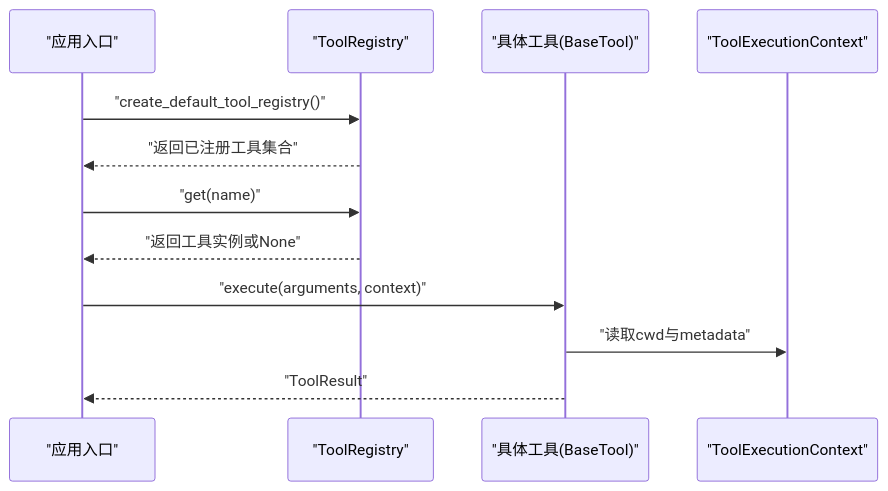
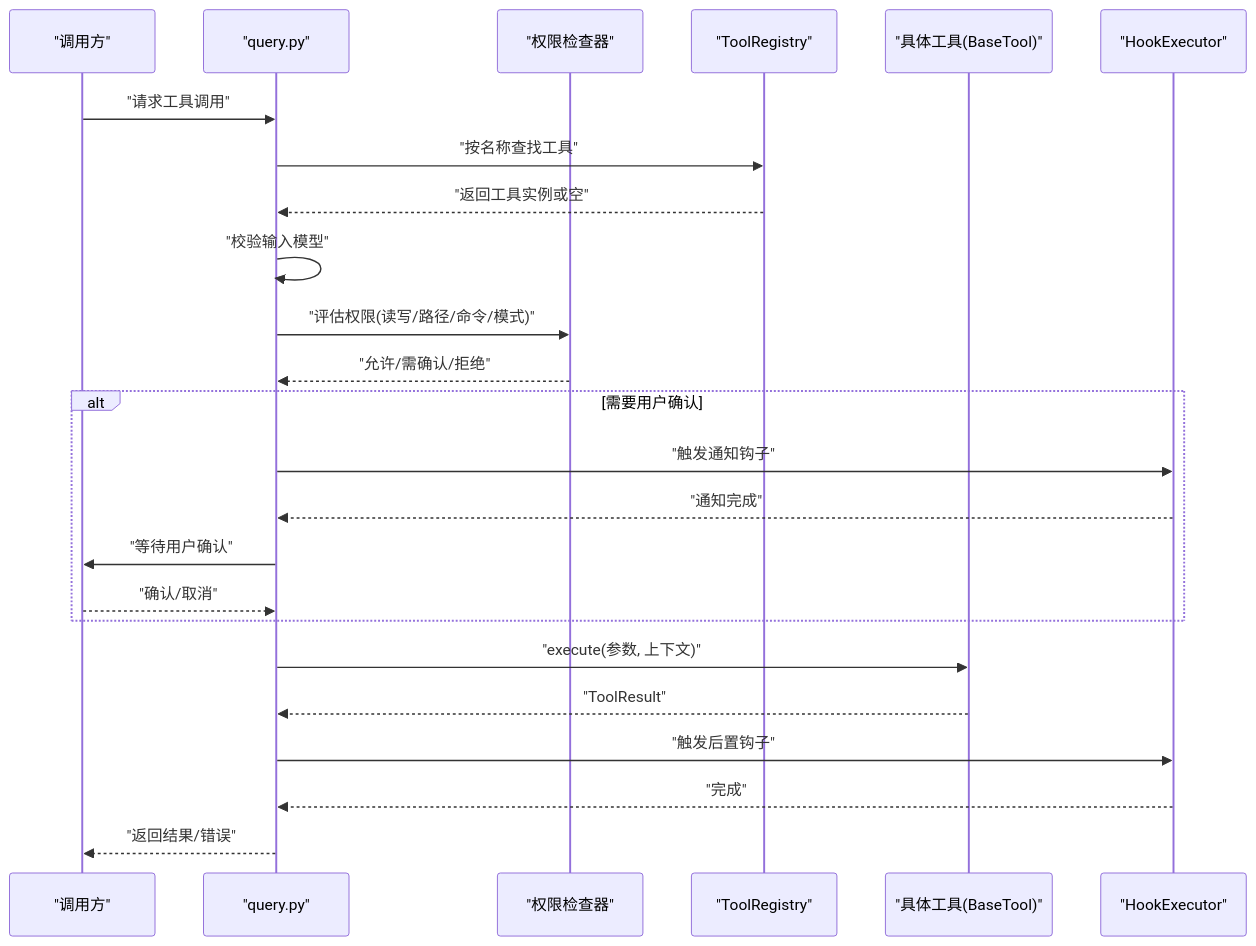
Before and after one commit to haolange/OpenHarness: the second of 8 diagrams in .qoder/repowiki/zh/content/核心概念/工具系统架构.md, drawn with Mermaid. The commit also changed other lines of this file and 222 other files, not shown here.

````diff
--- a/.qoder/repowiki/zh/content/核心概念/工具系统架构.md
+++ b/.qoder/repowiki/zh/content/核心概念/工具系统架构.md
@@ -108,14 +113,26 @@
 ```mermaid
 sequenceDiagram
-participant App as "应用入口"
+participant Caller as "调用方"
+participant Engine as "query.py"
+participant Perm as "权限检查器"
 participant Reg as "ToolRegistry"
 participant Tool as "具体工具(BaseTool)"
-participant Ctx as "ToolExecutionContext"
-App->>Reg : "create_default_tool_registry()"
-Reg-->>App : "返回已注册工具集合"
-App->>Reg : "get(name)"
-Reg-->>App : "返回工具实例或None"
-App->>Tool : "execute(arguments, context)"
-Tool->>Ctx : "读取cwd与metadata"
-Tool-->>App : "ToolResult"
+participant Hook as "HookExecutor"
+Caller->>Engine : "请求工具调用"
+Engine->>Reg : "按名称查找工具"
+Reg-->>Engine : "返回工具实例或空"
+Engine->>Engine : "校验输入模型"
+Engine->>Perm : "评估权限(读写/路径/命令/模式)"
+Perm-->>Engine : "允许/需确认/拒绝"
+alt 需要用户确认
+Engine->>Hook : "触发通知钩子"
+Hook-->>Engine : "通知完成"
+Engine->>Caller : "等待用户确认"
+Caller-->>Engine : "确认/取消"
+end
+Engine->>Tool : "execute(参数, 上下文)"
+Tool-->>Engine : "ToolResult"
+Engine->>Hook : "触发后置钩子"
+Hook-->>Engine : "完成"
+Engine-->>Caller : "返回结果/错误"
 ```
````
